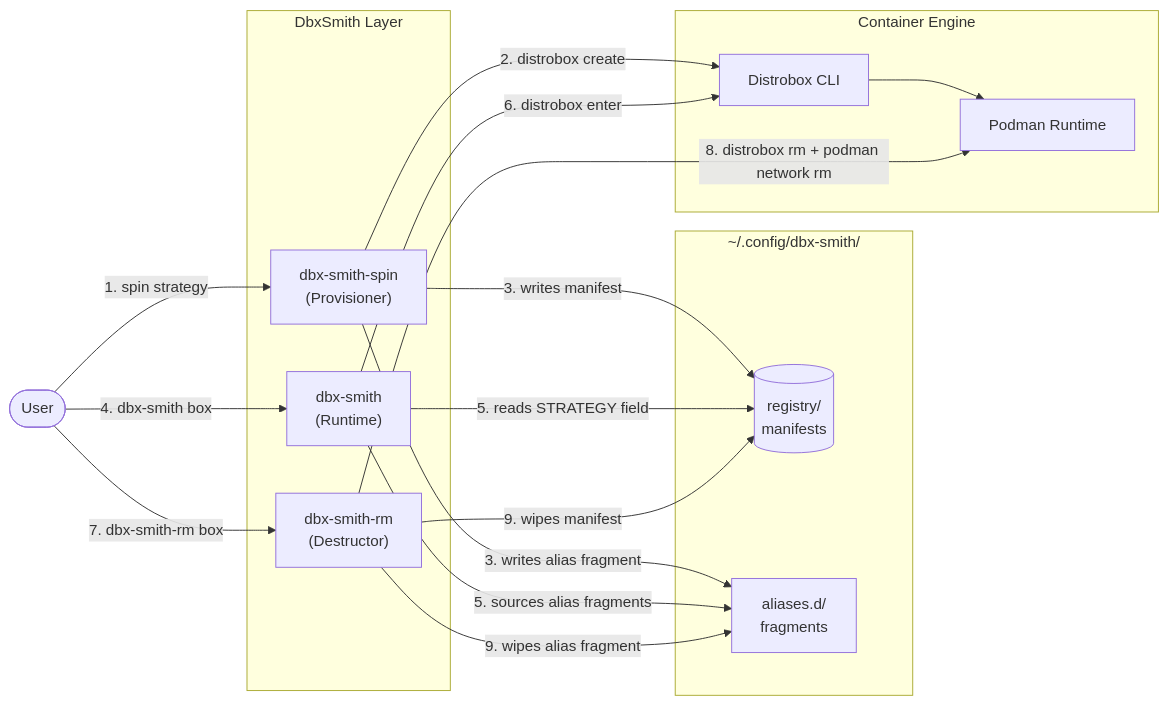
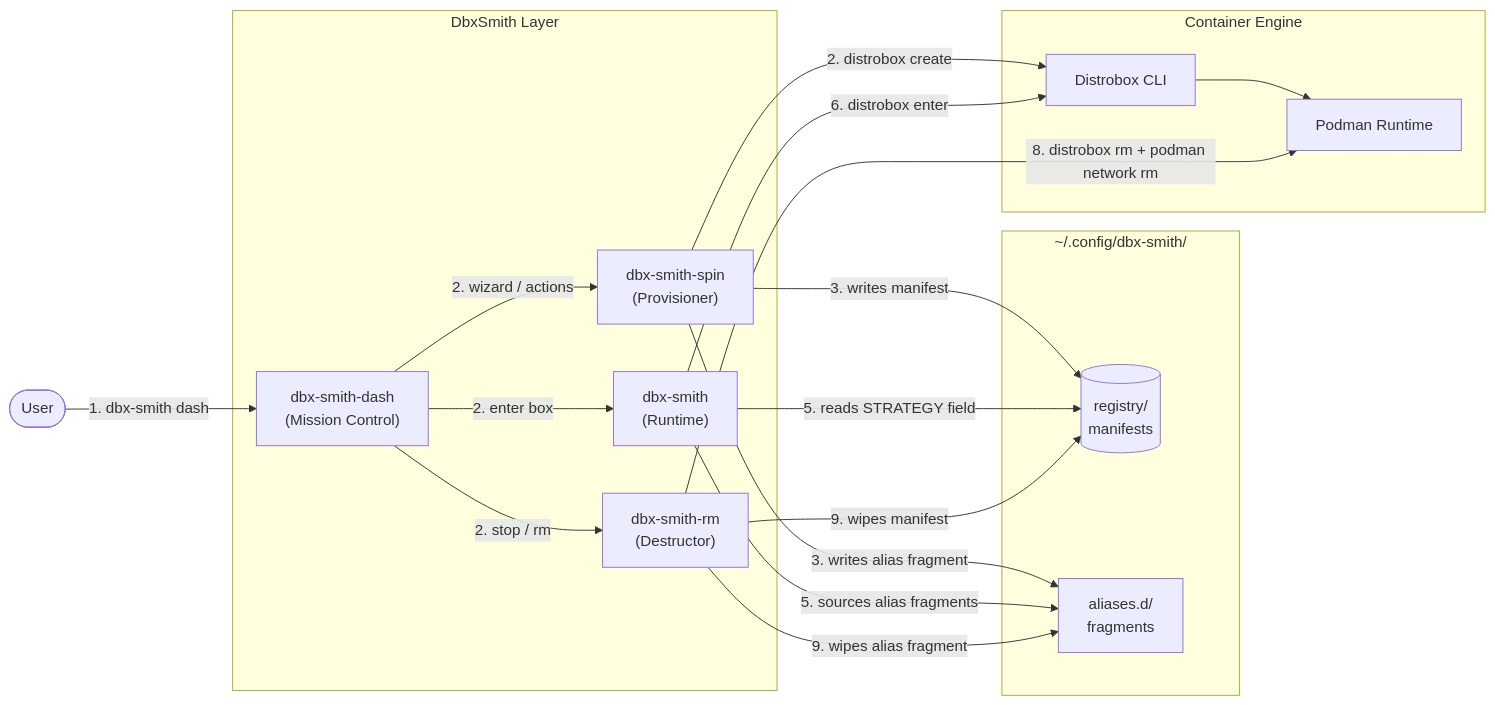
The first of 2 diagrams in docs/docs/engineering/architecture.md (arijit1begins/dbx-smith), drawn with Mermaid before and after one commit. The commit also changed other lines of this file and 24 other files, not shown here.

````diff
--- a/docs/docs/engineering/architecture.md
+++ b/docs/docs/engineering/architecture.md
@@ -31,38 +33,40 @@
 ```mermaid
 %%{init: {"themeVariables": {"fontSize": "16px"}}}%%
 graph LR
     User([User])
 
-    User -->|"1. spin strategy"| Spin
-    User -->|"4. dbx-smith box"| Runtime
-    User -->|"7. dbx-smith-rm box"| RM
+    User -->|"1. dbx-smith dash"| Dash
+    Dash -->|"2. wizard / actions"| Spin
+    Dash -->|"2. enter box"| Runtime
+    Dash -->|"2. stop / rm"| RM
 
     subgraph DbxSmith ["DbxSmith Layer"]
+        Dash["dbx-smith-dash\n(Mission Control)"]
         Spin["dbx-smith-spin\n(Provisioner)"]
         Runtime["dbx-smith\n(Runtime)"]
         RM["dbx-smith-rm\n(Destructor)"]
     end
 
     subgraph State ["~/.config/dbx-smith/"]
         Registry[("registry/\nmanifests")]
         Aliases["aliases.d/\nfragments"]
     end
 
     subgraph Engine ["Container Engine"]
         DBX["Distrobox CLI"]
         Podman["Podman Runtime"]
         DBX --> Podman
     end
 
     Spin -->|"2. distrobox create"| DBX
     Spin -->|"3. writes manifest"| Registry
     Spin -->|"3. writes alias fragment"| Aliases
 
     Runtime -->|"5. reads STRATEGY field"| Registry
     Runtime -->|"5. sources alias fragments"| Aliases
     Runtime -->|"6. distrobox enter"| DBX
 
     RM -->|"8. distrobox rm + podman network rm"| Podman
     RM -->|"9. wipes manifest"| Registry
     RM -->|"9. wipes alias fragment"| Aliases
 ```
````
